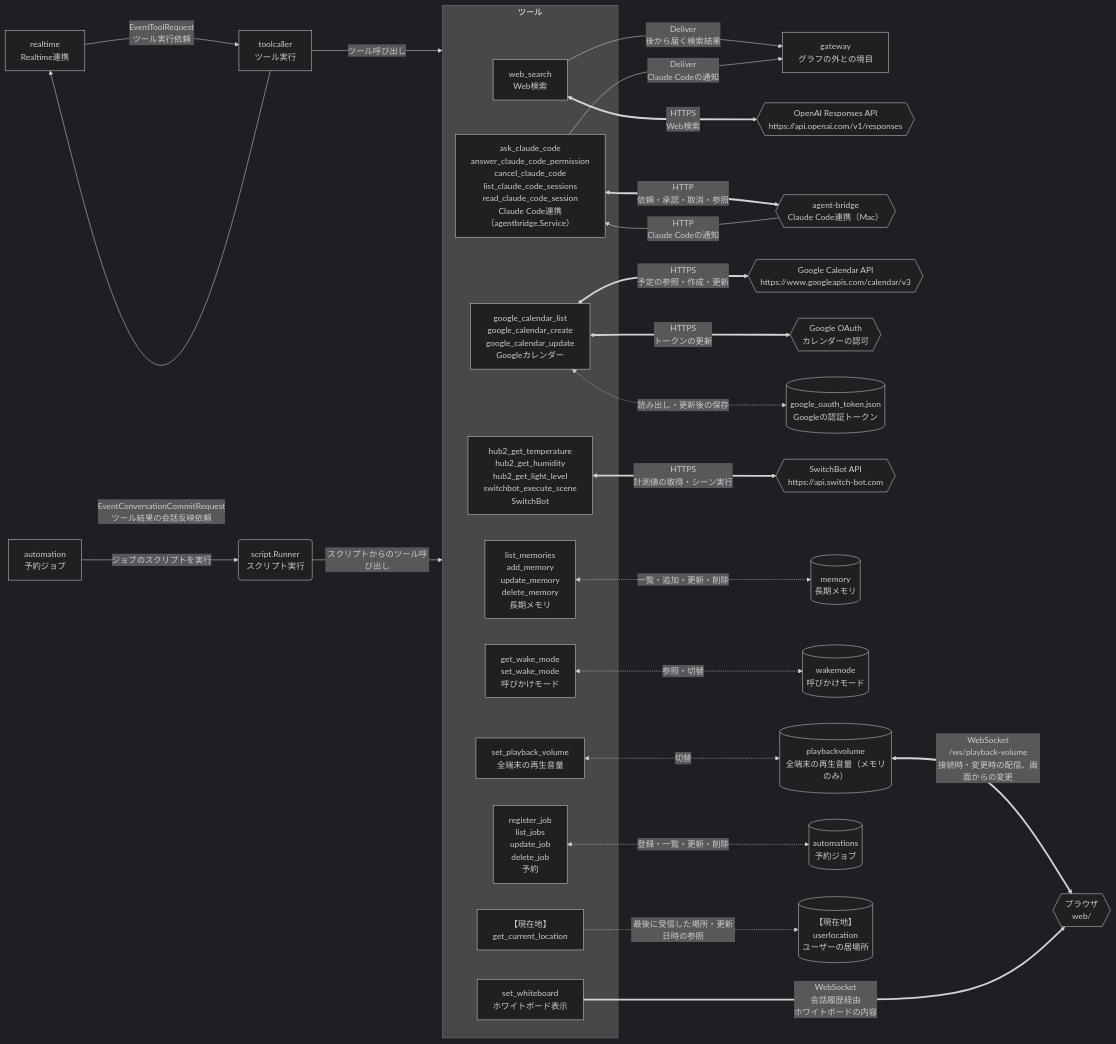
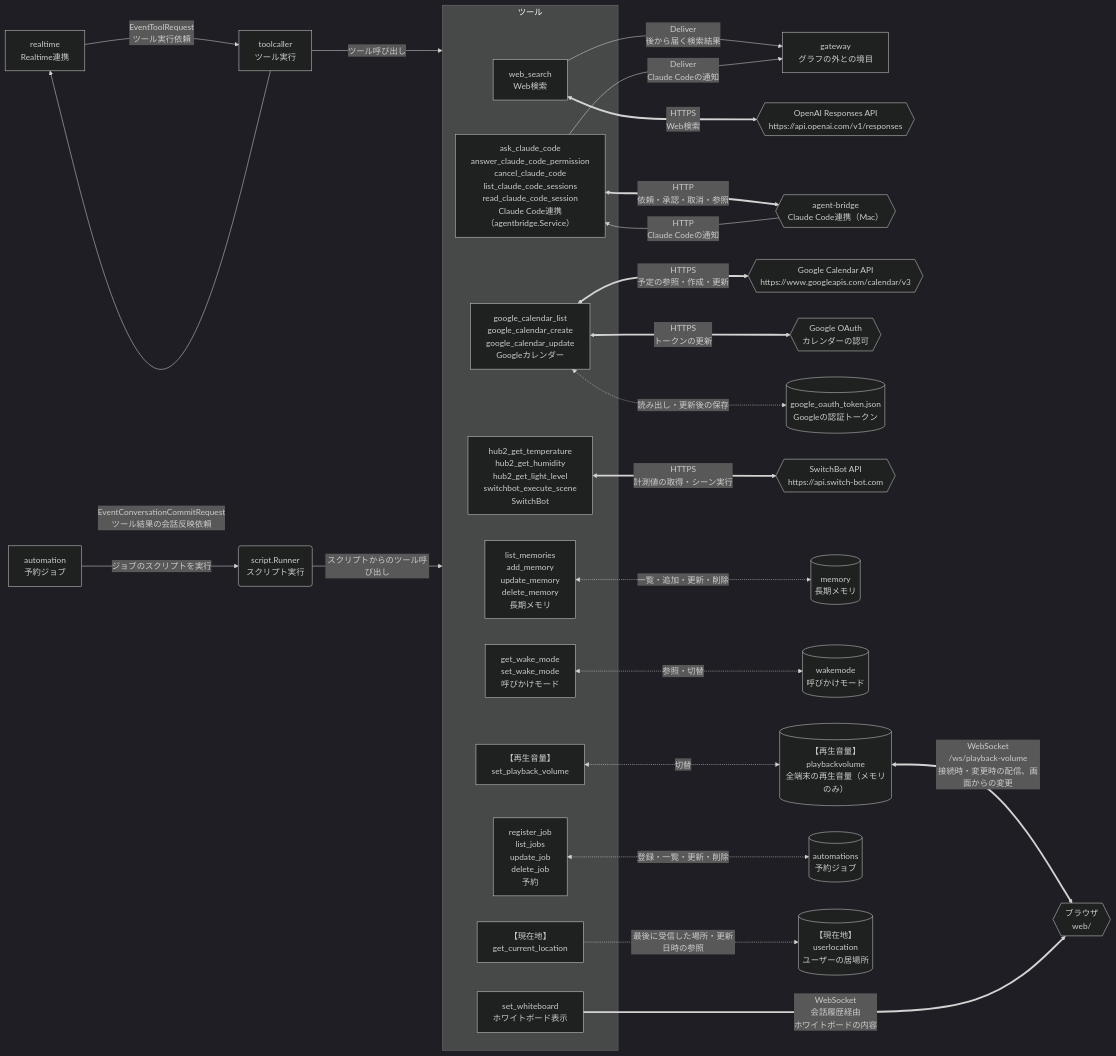
Before and after one commit to tetetratra/smart-speaker: the third of 3 diagrams in README.md, drawn with Mermaid (dark theme). The commit also changed 15 other files, not shown here.

````diff
--- a/README.md
+++ b/README.md
@@ -167,58 +167,58 @@
 ```mermaid
 flowchart LR
     rt["realtime<br/>Realtime連携"]
     tool["toolcaller<br/>ツール実行"]
     scheduler["automation<br/>予約ジョブ"]
     runner("script.Runner<br/>スクリプト実行")
     gateway["gateway<br/>グラフの外との境目"]
 
     subgraph toolset["ツール"]
         webSearchTool["web_search<br/>Web検索"]
         claudeCodeTool["ask_claude_code<br/>answer_claude_code_permission<br/>cancel_claude_code<br/>list_claude_code_sessions<br/>read_claude_code_session<br/>Claude Code連携（agentbridge.Service）"]
         calendarTool["google_calendar_list<br/>google_calendar_create<br/>google_calendar_update<br/>Googleカレンダー"]
         switchBotTool["hub2_get_temperature<br/>hub2_get_humidity<br/>hub2_get_light_level<br/>switchbot_execute_scene<br/>SwitchBot"]
         memoryTool["list_memories<br/>add_memory<br/>update_memory<br/>delete_memory<br/>長期メモリ"]
         wakeModeTool["get_wake_mode<br/>set_wake_mode<br/>呼びかけモード"]
-        volumeTool["set_playback_volume<br/>全端末の再生音量"]
+        volumeTool["【再生音量】<br/>set_playback_volume"]
         automationTool["register_job<br/>list_jobs<br/>update_job<br/>delete_job<br/>予約"]
         whiteboardTool["set_whiteboard<br/>ホワイトボード表示"]
         locationTool["【現在地】<br/>get_current_location"]
     end
 
 
     openaiResponses{{"OpenAI Responses API<br/>https://api.openai.com/v1/responses"}}
     agentBridge{{"agent-bridge<br/>Claude Code連携（Mac）"}}
     googleCalendar{{"Google Calendar API<br/>https://www.googleapis.com/calendar/v3"}}
     googleOAuth{{"Google OAuth<br/>カレンダーの認可"}}
     googleTokenStore[("google_oauth_token.json<br/>Googleの認証トークン")]
     switchBot{{"SwitchBot API<br/>https://api.switch-bot.com"}}
     memoryStore[("memory<br/>長期メモリ")]
     wakeModeStore[("wakemode<br/>呼びかけモード")]
-    volumeStore[("playbackvolume<br/>全端末の再生音量（メモリのみ）")]
+    volumeStore[("【再生音量】<br/>playbackvolume<br/>全端末の再生音量（メモリのみ）")]
     automationStore[("automations<br/>予約ジョブ")]
     locationStore[("【現在地】<br/>userlocation<br/>ユーザーの居場所")]
     browser{{"ブラウザ<br/>web/"}}
 
     rt -->|"EventToolRequest<br/>ツール実行依頼"| tool
     tool -->|"EventConversationCommitRequest<br/>ツール結果の会話反映依頼"| rt
     tool -->|"ツール呼び出し"| toolset
     scheduler -->|"ジョブのスクリプトを実行"| runner
     runner -->|"スクリプトからのツール呼び出し"| toolset
 
     webSearchTool <==>|"HTTPS<br/>Web検索"| openaiResponses
     webSearchTool -->|"Deliver<br/>後から届く検索結果"| gateway
     claudeCodeTool <==>|"HTTP<br/>依頼・承認・取消・参照"| agentBridge
     agentBridge -->|"HTTP<br/>Claude Codeの通知"| claudeCodeTool
     claudeCodeTool -->|"Deliver<br/>Claude Codeの通知"| gateway
     calendarTool <==>|"HTTPS<br/>予定の参照・作成・更新"| googleCalendar
     calendarTool <-.->|"読み出し・更新後の保存"| googleTokenStore
     calendarTool <==>|"HTTPS<br/>トークンの更新"| googleOAuth
     switchBotTool <==>|"HTTPS<br/>計測値の取得・シーン実行"| switchBot
     memoryTool <-.->|"一覧・追加・更新・削除"| memoryStore
     wakeModeTool <-.->|"参照・切替"| wakeModeStore
     volumeTool <-.->|"切替"| volumeStore
     volumeStore <==>|"WebSocket<br/>/ws/playback-volume<br/>接続時・変更時の配信、画面からの変更"| browser
     automationTool <-.->|"登録・一覧・更新・削除"| automationStore
     locationTool -.->|"最後に受信した場所・更新日時の参照"| locationStore
     whiteboardTool ==>|"WebSocket<br/>会話履歴経由<br/>ホワイトボードの内容"| browser
 ```
````
